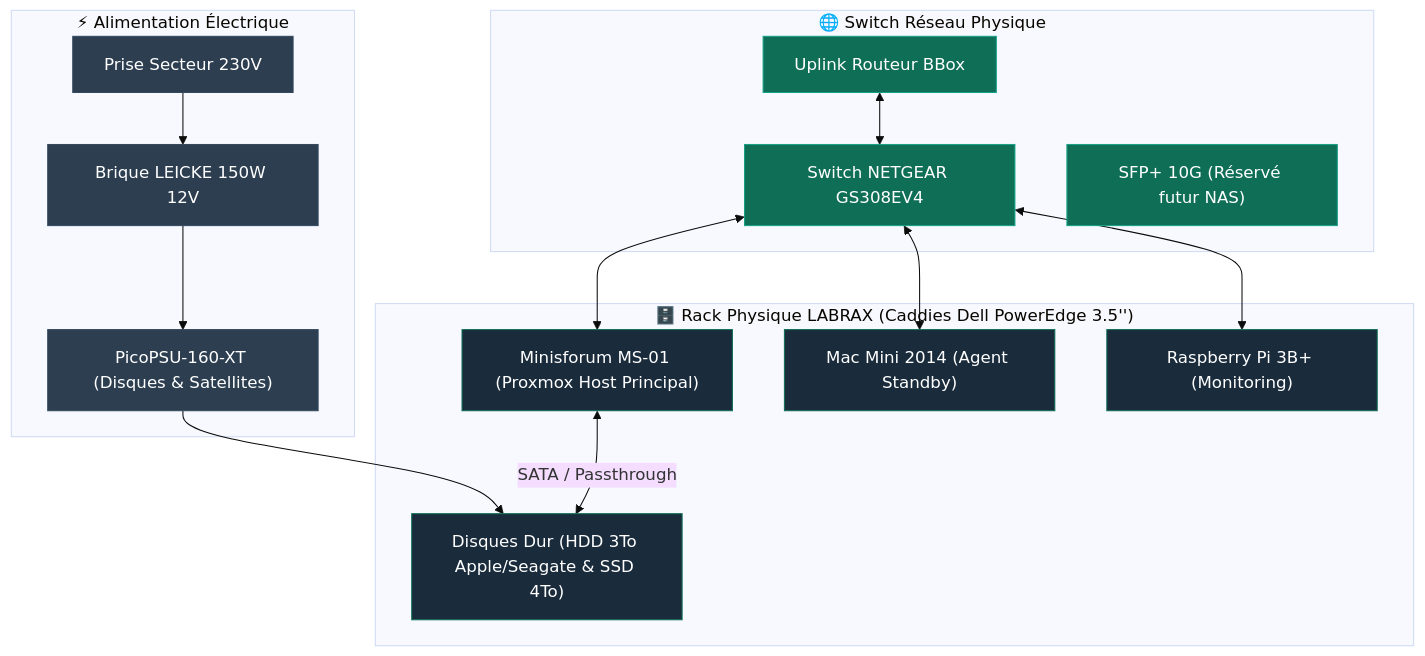
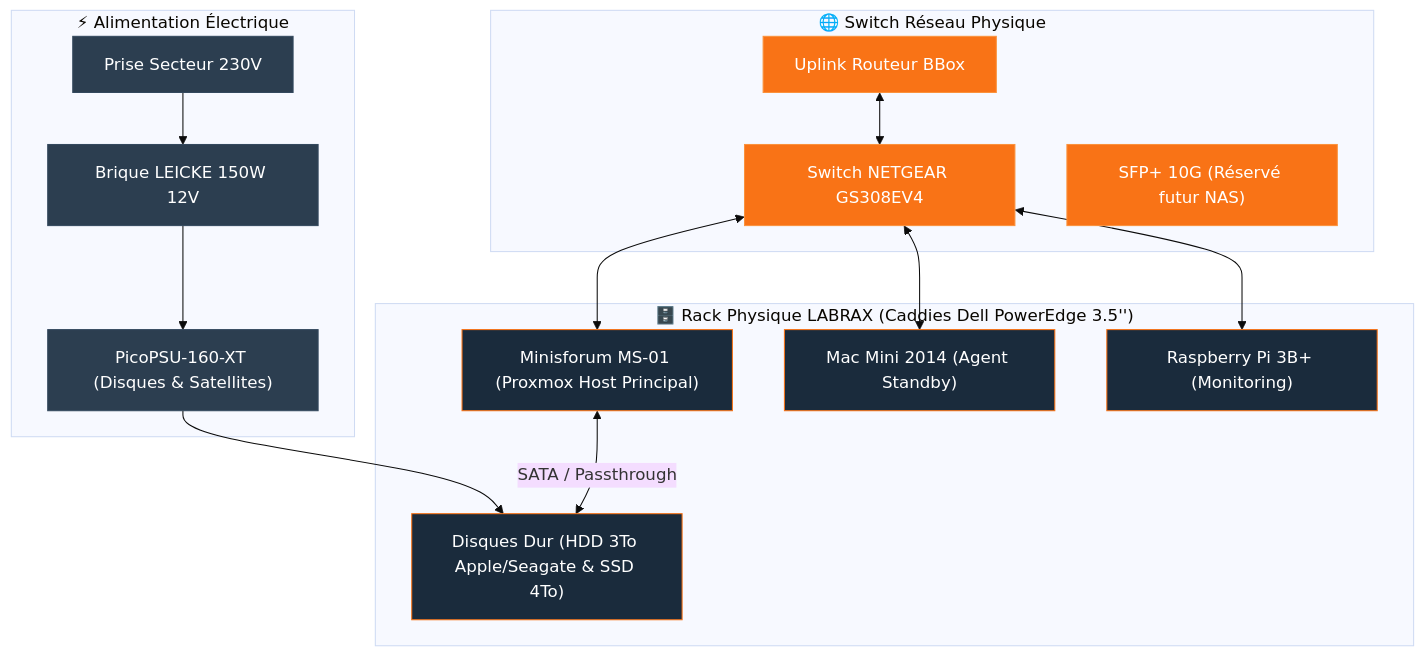
Before and after one commit to ims-world/docs: the diagram in infrastructure/labrax.md, drawn with Mermaid (base theme). The commit also changed other lines of this file and 2 other files, not shown here.

````diff
--- a/infrastructure/labrax.md
+++ b/infrastructure/labrax.md
@@ -14,38 +35,38 @@
 ```mermaid
 graph TB
     subgraph POWER ["⚡ Alimentation Électrique"]
         SECTEUR["Prise Secteur 230V"]
         LEICKE["Brique LEICKE 150W 12V"]
         PICO["PicoPSU-160-XT (Disques & Satellites)"]
         SECTEUR --> LEICKE
         LEICKE --> PICO
     end
 
     subgraph SWITCH ["🌐 Switch Réseau Physique"]
         NETGEAR["Switch NETGEAR GS308EV4"]
         BBOX["Uplink Routeur BBox"]
         SFP["SFP+ 10G (Réservé futur NAS)"]
         BBOX <--> NETGEAR
     end
 
     subgraph RACK ["🗄️ Rack Physique LABRAX (Caddies Dell PowerEdge 3.5'')"]
         MS01["Minisforum MS-01 (Proxmox Host Principal)"]
         MAC_MINI["Mac Mini 2014 (Agent Standby)"]
         RPI["Raspberry Pi 3B+ (Monitoring)"]
         HDD_DISKS["Disques Dur (HDD 3To Apple/Seagate & SSD 4To)"]
     end
 
     NETGEAR <--> MS01
     NETGEAR <--> MAC_MINI
     NETGEAR <--> RPI
 
     PICO --> HDD_DISKS
     MS01 <-->|SATA / Passthrough| HDD_DISKS
 
     classDef pwr fill:#2c3e50,stroke:#34495e,color:#fff;
-    classDef net fill:#0F6E56,stroke:#16A085,color:#fff;
-    classDef node fill:#1a2b3c,stroke:#0F6E56,color:#fff;
+    classDef net fill:#F97316,stroke:#FB923C,color:#fff;
+    classDef node fill:#1a2b3c,stroke:#F97316,color:#fff;
     class SECTEUR,LEICKE,PICO pwr;
     class NETGEAR,BBOX,SFP net;
     class MS01,MAC_MINI,RPI,HDD_DISKS node;
 ```
````
